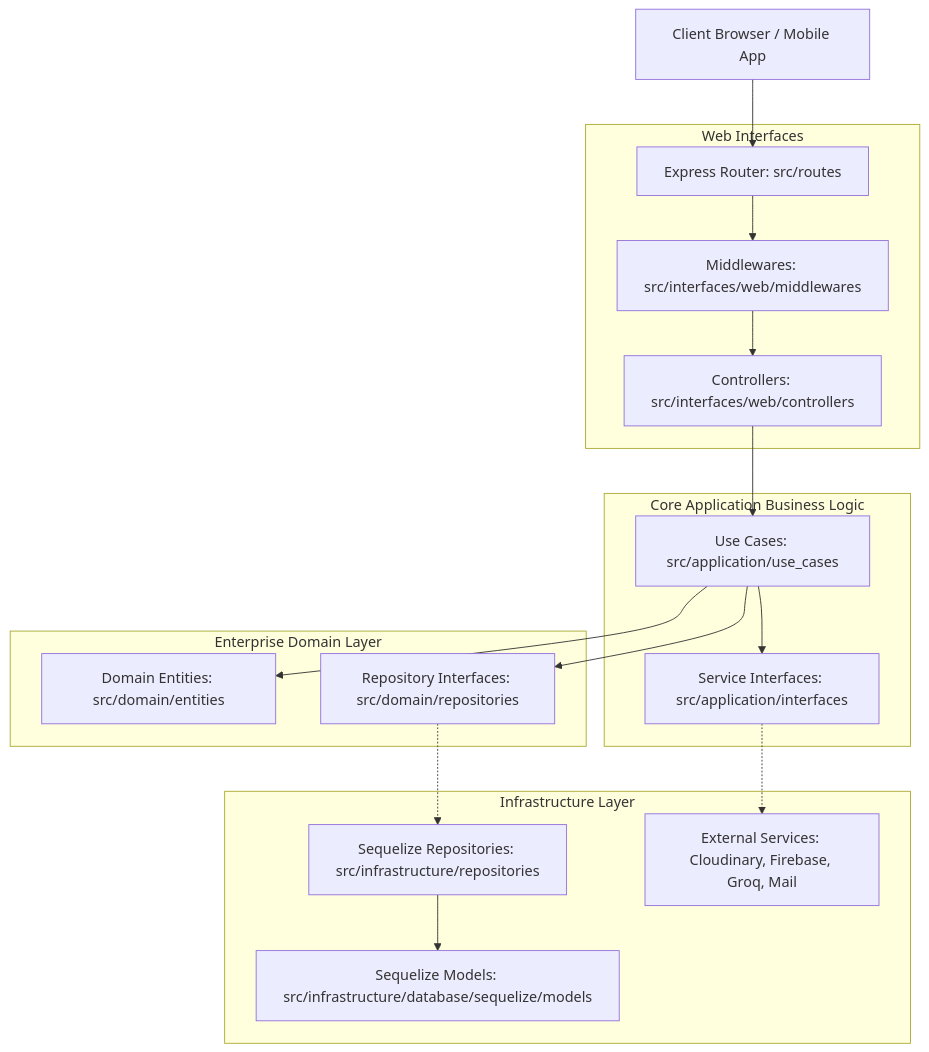
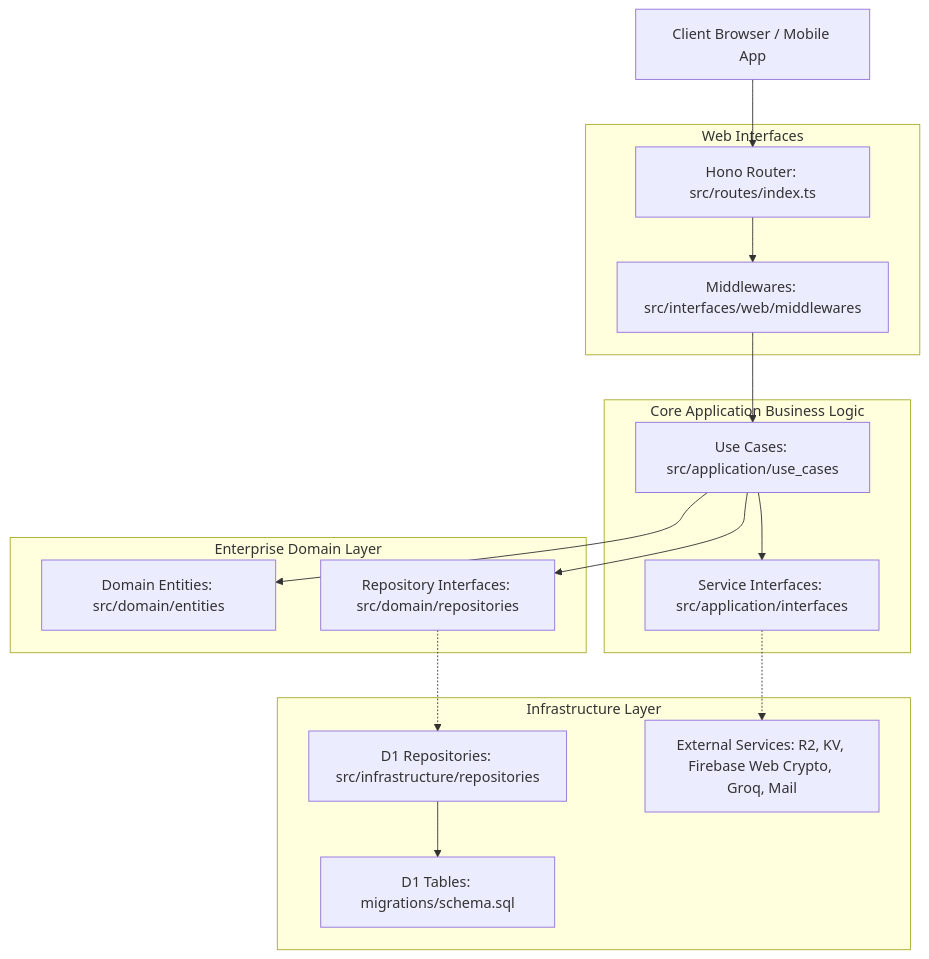
Before and after one commit to ThachDev/be_safe_food_ai: the diagram in README.md, drawn with Mermaid. The commit also changed other lines of this file and 2 other files, not shown here.

Commit message:
refactor: migrate backend from Express/MySQL/Cloudinary to Hono/Cloudflare Workers/D1/R2

````diff
--- a/README.md
+++ b/README.md
@@ -45,33 +45,31 @@
 ```mermaid
 graph TD
     Client[Client Browser / Mobile App]
     subgraph Web Interfaces
-        Route[Express Router: src/routes]
-        Ctrl[Controllers: src/interfaces/web/controllers]
+        Route[Hono Router: src/routes/index.ts]
         Mid[Middlewares: src/interfaces/web/middlewares]
     end
     subgraph Core Application Business Logic
         UC[Use Cases: src/application/use_cases]
         ServInt[Service Interfaces: src/application/interfaces]
     end
     subgraph Enterprise Domain Layer
         DomEnt[Domain Entities: src/domain/entities]
         RepoInt[Repository Interfaces: src/domain/repositories]
     end
     subgraph Infrastructure Layer
-        SeqRep[Sequelize Repositories: src/infrastructure/repositories]
-        SeqMod[Sequelize Models: src/infrastructure/database/sequelize/models]
-        ExtServ[External Services: Cloudinary, Firebase, Groq, Mail]
+        D1Rep[D1 Repositories: src/infrastructure/repositories]
+        D1Schema[D1 Tables: migrations/schema.sql]
+        ExtServ[External Services: R2, KV, Firebase Web Crypto, Groq, Mail]
     end
 
     Client --> Route
     Route --> Mid
-    Mid --> Ctrl
-    Ctrl --> UC
+    Mid --> UC
     UC --> DomEnt
     UC --> RepoInt
     UC --> ServInt
-    RepoInt -.-> SeqRep
+    RepoInt -.-> D1Rep
     ServInt -.-> ExtServ
-    SeqRep --> SeqMod
+    D1Rep --> D1Schema
 ```
````
